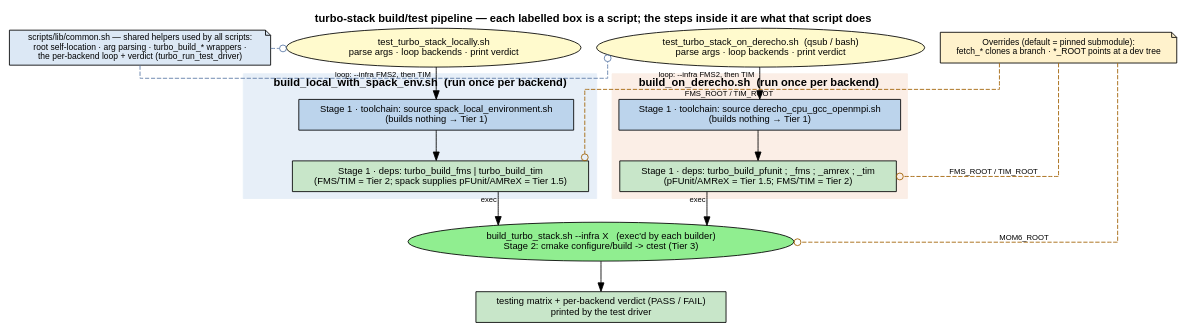
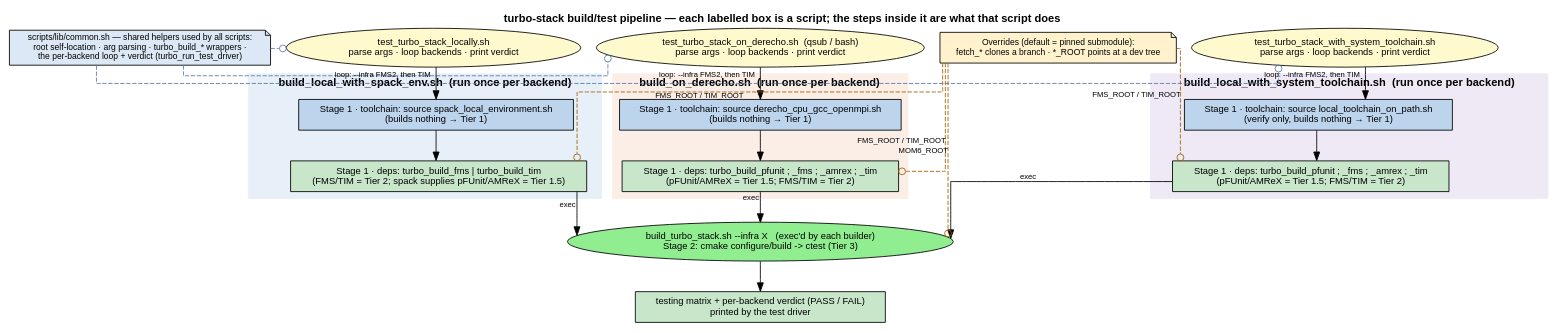
One commit to TURBO-ESM/turbo-stack changed the diagram in docs/build_test_orchestration.dot. Above: the diagram before and after it, drawn with Graphviz. The commit also changed 7 other files, not shown here.

First line of the commit message:
Add from-source local build path (bring-your-own toolchain)

```diff
--- a/docs/build_test_orchestration.dot
+++ b/docs/build_test_orchestration.dot
@@ -1,65 +1,80 @@
 digraph build_test_orchestration {
     rankdir=TB;
     compound=true;
     newrank=true;
     node [shape=box, fontname="Helvetica", fontsize=11];
     edge [fontsize=9, fontname="Helvetica"];
     splines=ortho;
 
     label="turbo-stack build/test pipeline — each labelled box is a script; the steps inside it are what that script does";
     labelloc=t; fontname="Helvetica-Bold"; fontsize=13;
 
     // Shared helpers used by all scripts (substrate, not a flow step).
     core [shape=note, fillcolor="#dce8f5", style=filled, fontsize=10,
           label="scripts/lib/common.sh — shared helpers used by all scripts:\nroot self-location · arg parsing · turbo_build_* wrappers ·\nthe per-backend loop + verdict (turbo_run_test_driver)"];
 
     // ── Test drivers (what each driver script does is in its label) ───────────
     l_drv [label="test_turbo_stack_locally.sh\nparse args · loop backends · print verdict",
            shape=ellipse, fillcolor="#fffacd", style=filled];
     d_drv [label="test_turbo_stack_on_derecho.sh  (qsub / bash)\nparse args · loop backends · print verdict",
            shape=ellipse, fillcolor="#fffacd", style=filled];
-    {rank=same; l_drv; d_drv;}
+    s_drv [label="test_turbo_stack_with_system_toolchain.sh\nparse args · loop backends · print verdict",
+           shape=ellipse, fillcolor="#fffacd", style=filled];
+    {rank=same; l_drv; s_drv; d_drv;}
 
     // ── Path A builder: the box IS build_local_with_spack_env.sh.  Its steps are
     //    Stage 1 (environment setup): source the toolchain, then build the deps ──
     subgraph cluster_lbld {
         label="build_local_with_spack_env.sh  (run once per backend)"; labeljust=l;
         style=filled; color="#e7eff8"; fontname="Helvetica-Bold";
         l_env  [label="Stage 1 · toolchain: source spack_local_environment.sh\n(builds nothing → Tier 1)", fillcolor="#bcd4ec", style=filled];
         l_deps [label="Stage 1 · deps: turbo_build_fms | turbo_build_tim\n(FMS/TIM = Tier 2; spack supplies pFUnit/AMReX = Tier 1.5)", fillcolor="#c8e6c9", style=filled];
         l_env -> l_deps;
     }
 
     // ── Path B builder: build_on_derecho.sh ───────────────────────────────────
     subgraph cluster_dbld {
         label="build_on_derecho.sh  (run once per backend)"; labeljust=l;
         style=filled; color="#fbeee6"; fontname="Helvetica-Bold";
         d_env  [label="Stage 1 · toolchain: source derecho_cpu_gcc_openmpi.sh\n(builds nothing → Tier 1)", fillcolor="#bcd4ec", style=filled];
         d_deps [label="Stage 1 · deps: turbo_build_pfunit ; _fms ; _amrex ; _tim\n(pFUnit/AMReX = Tier 1.5; FMS/TIM = Tier 2)", fillcolor="#c8e6c9", style=filled];
         d_env -> d_deps;
     }
 
+    // ── Path C builder: build_local_with_system_toolchain.sh ──────────────────
+    subgraph cluster_sbld {
+        label="build_local_with_system_toolchain.sh  (run once per backend)"; labeljust=l;
+        style=filled; color="#efe9f6"; fontname="Helvetica-Bold";
+        s_env  [label="Stage 1 · toolchain: source local_toolchain_on_path.sh\n(verify only, builds nothing → Tier 1)", fillcolor="#bcd4ec", style=filled];
+        s_deps [label="Stage 1 · deps: turbo_build_pfunit ; _fms ; _amrex ; _tim\n(pFUnit/AMReX = Tier 1.5; FMS/TIM = Tier 2)", fillcolor="#c8e6c9", style=filled];
+        s_env -> s_deps;
+    }
+
     // ── Shared: both builders exec the same Stage-2 script ────────────────────
     bld [label="build_turbo_stack.sh --infra X   (exec'd by each builder)\nStage 2: cmake configure/build -> ctest (Tier 3)",
         shape=ellipse, fillcolor="#90ee90", style=filled];
     verdict [label="testing matrix + per-backend verdict (PASS / FAIL)\nprinted by the test driver", fillcolor="#c8e6c9", style=filled];
 
     // Driver loops its builder (enters at Stage 1); builder execs Stage 2.
     l_drv -> l_env [xlabel="loop: --infra FMS2, then TIM"];
+    s_drv -> s_env [xlabel="loop: --infra FMS2, then TIM"];
     d_drv -> d_env [xlabel="loop: --infra FMS2, then TIM"];
     l_deps -> bld [xlabel="exec"];
+    s_deps -> bld [xlabel="exec"];
     d_deps -> bld [xlabel="exec"];
     bld -> verdict;
 
     // common.sh is sourced by every script (dashed; doesn't constrain layout).
     core -> l_drv [style=dashed, color="#5b7aa6", arrowhead=odot, constraint=false];
+    core -> s_drv [style=dashed, color="#5b7aa6", arrowhead=odot, constraint=false];
     core -> d_drv [style=dashed, color="#5b7aa6", arrowhead=odot, constraint=false];
 
     // Overrides (default = pinned submodule).  Only the co-developed repos
     // (FMS/TIM, Tier 2; MOM6, Tier 3) have a *_ROOT source swap.
     hotswap [shape=note, fillcolor="#fff2cc", style=filled, fontsize=10,
              label="Overrides (default = pinned submodule):\nfetch_* clones a branch · *_ROOT points at a dev tree"];
     hotswap -> l_deps [style=dashed, color="#a06000", arrowhead=odot, constraint=false, xlabel="FMS_ROOT / TIM_ROOT"];
+    hotswap -> s_deps [style=dashed, color="#a06000", arrowhead=odot, constraint=false, xlabel="FMS_ROOT / TIM_ROOT"];
     hotswap -> d_deps [style=dashed, color="#a06000", arrowhead=odot, constraint=false, xlabel="FMS_ROOT / TIM_ROOT"];
     hotswap -> bld   [style=dashed, color="#a06000", arrowhead=odot, constraint=false, xlabel="MOM6_ROOT"];
 }
```
